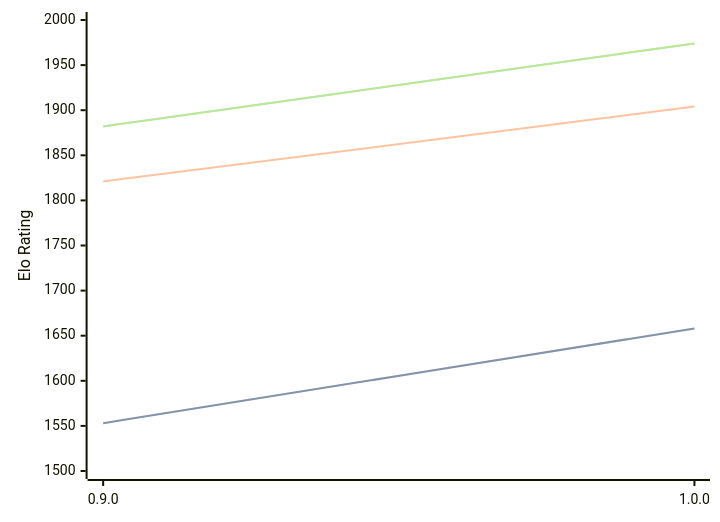
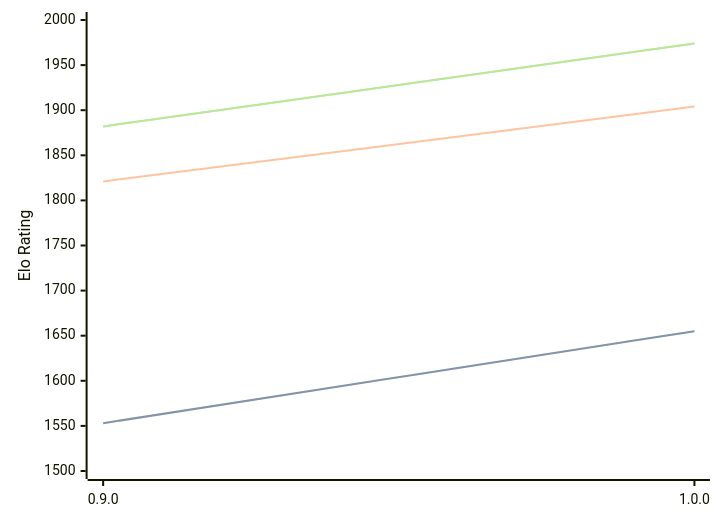
Before and after one commit to computer-chess-index/cci: the diagram in engines/Ratsu.md, drawn with Mermaid. The commit also changed other lines of this file, not shown here.

Commit message:
Update CCI Ratings (ELO VLTC) - 2026-04-10

````diff
--- a/engines/Ratsu.md
+++ b/engines/Ratsu.md
@@ -32,11 +32,11 @@
 ```mermaid
 %%{init: {"theme":"base","themeVariables":{"seriesColors:['#a3a3a3','#222221','#faa371']}}}%%
 xychart-beta
   x-axis ["0.9.0", "1.0.0"]
   y-axis "Elo Rating" 1500 --> 2000
-  line "STC (8.0+0.08s)" [1553, 1658]
-  line "STC (8.0+0.08s)" [1553, 1658]
+  line "STC (8.0+0.08s)" [1553, 1655]
+  line "STC (8.0+0.08s)" [1553, 1655]
   line "LTC (60.0+0.60s)" [1821, 1904]
   line "VLTC (2m24s+1.12s)" [1882, 1974]
   line "VLTC (2m24s+1.12s)" [1882, 1974]
 ```
````
